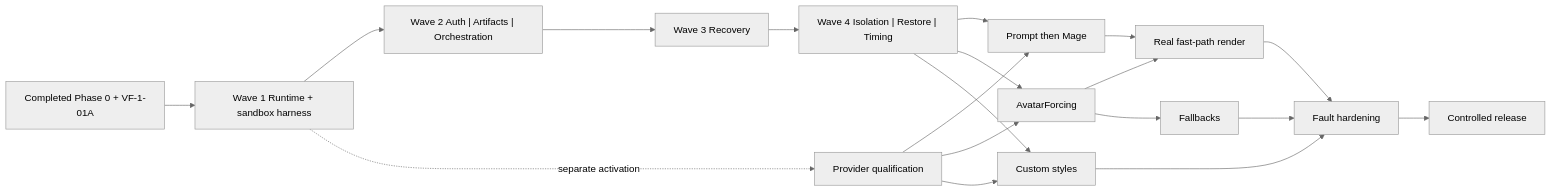
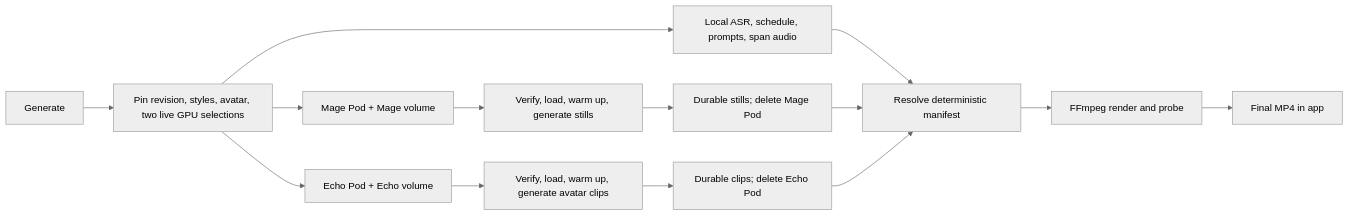
Before and after one commit to Pala-LakshmanSai/videoforge: the diagram in project-context/12_DEVELOPMENT_PLAN.md, drawn with Mermaid (neutral theme). The commit also changed other lines of this file and 32 other files, not shown here.

Commit message:
reset persistent model lane architecture

```diff
--- a/project-context/12_DEVELOPMENT_PLAN.md
+++ b/project-context/12_DEVELOPMENT_PLAN.md
@@ -27,21 +82,16 @@
 ~~~mermaid
 flowchart LR
-    A["Completed Phase 0 + VF-1-01A"] --> B["Wave 1 Runtime + sandbox harness"]
-    B --> C["Wave 2 Auth | Artifacts | Orchestration"]
-    C --> D["Wave 3 Recovery"]
-    B -. "separate activation" .-> V["Provider qualification"]
-    D --> E["Wave 4 Isolation | Restore | Timing"]
-    E --> F["Prompt then Mage"]
-    E --> G["AvatarForcing"]
-    E --> H["Custom styles"]
-    V --> F
-    V --> G
-    V --> H
-    F --> I["Real fast-path render"]
-    G --> I
-    G --> J["Fallbacks"]
-    I --> K["Fault hardening"]
-    H --> K
-    J --> K
-    K --> L["Controlled release"]
+    A["Generate"] --> B["Pin revision, styles, avatar, two live GPU selections"]
+    B --> C["Local ASR, schedule, prompts, span audio"]
+    B --> D["Mage Pod + Mage volume"]
+    B --> E["Echo Pod + Echo volume"]
+    D --> F["Verify, load, warm up, generate stills"]
+    E --> G["Verify, load, warm up, generate avatar clips"]
+    F --> H["Durable stills; delete Mage Pod"]
+    G --> I["Durable clips; delete Echo Pod"]
+    C --> J["Resolve deterministic manifest"]
+    H --> J
+    I --> J
+    J --> K["FFmpeg render and probe"]
+    K --> L["Final MP4 in app"]
 ~~~
```
